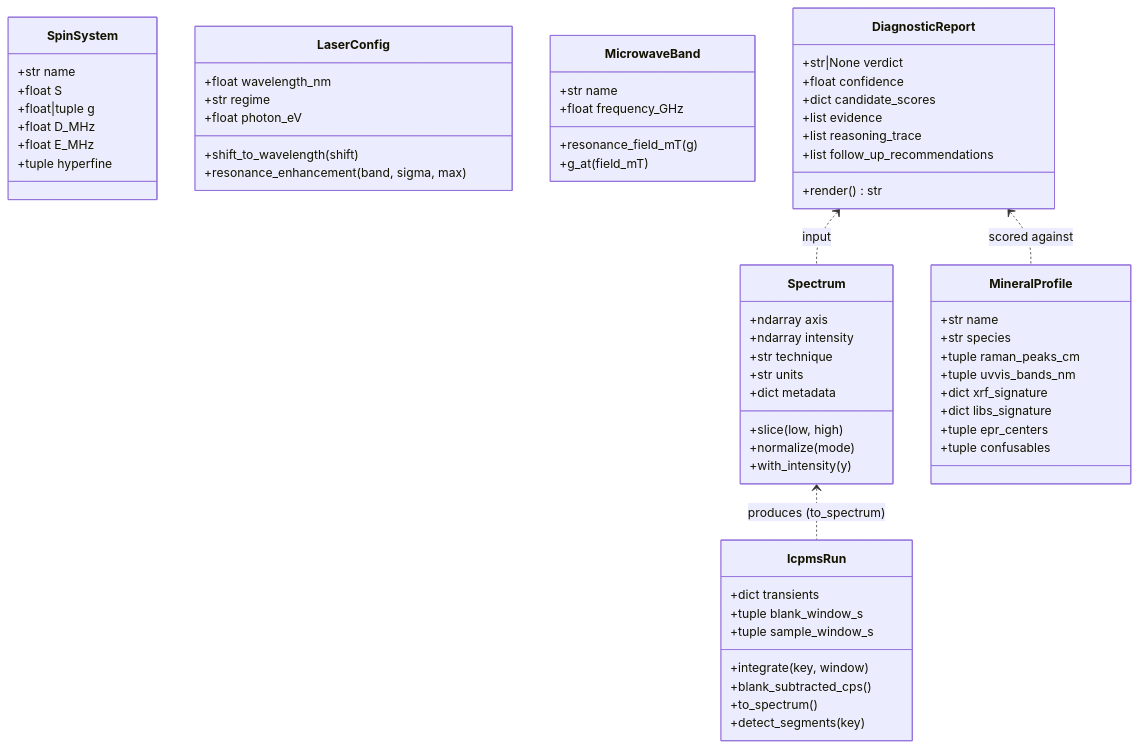
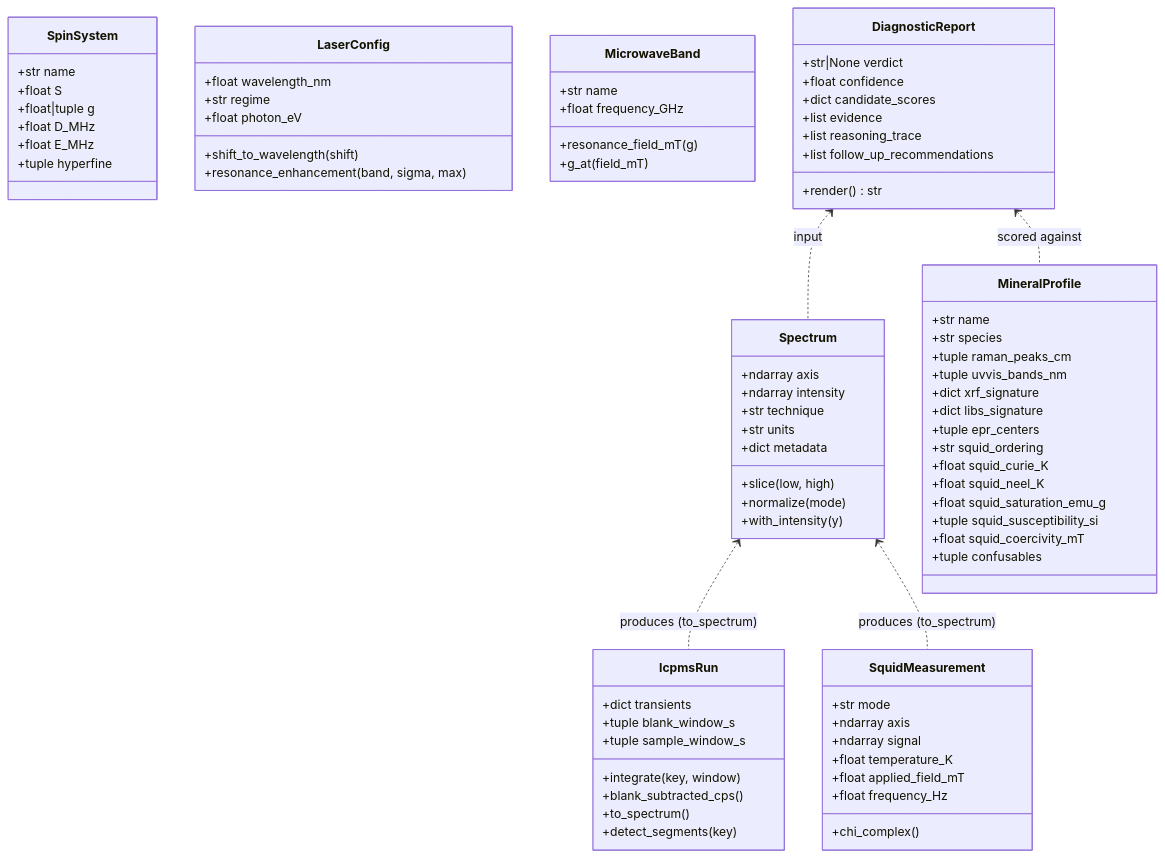
Before and after one commit to sonoransun/checkmsg: the second of 3 diagrams in docs/architecture.md, drawn with Mermaid. The commit also changed other lines of this file and 19 other files, not shown here.

````diff
--- a/docs/architecture.md
+++ b/docs/architecture.md
@@ -48,65 +52,81 @@
 ```mermaid
 classDiagram
     class Spectrum {
         +ndarray axis
         +ndarray intensity
         +str technique
         +str units
         +dict metadata
         +slice(low, high)
         +normalize(mode)
         +with_intensity(y)
     }
     class MineralProfile {
         +str name
         +str species
         +tuple raman_peaks_cm
         +tuple uvvis_bands_nm
         +dict xrf_signature
         +dict libs_signature
         +tuple epr_centers
+        +str squid_ordering
+        +float squid_curie_K
+        +float squid_neel_K
+        +float squid_saturation_emu_g
+        +tuple squid_susceptibility_si
+        +float squid_coercivity_mT
         +tuple confusables
+    }
+    class SquidMeasurement {
+        +str mode
+        +ndarray axis
+        +ndarray signal
+        +float temperature_K
+        +float applied_field_mT
+        +float frequency_Hz
+        +chi_complex()
     }
     class IcpmsRun {
         +dict transients
         +tuple blank_window_s
         +tuple sample_window_s
         +integrate(key, window)
         +blank_subtracted_cps()
         +to_spectrum()
         +detect_segments(key)
     }
     class SpinSystem {
         +str name
         +float S
         +float|tuple g
         +float D_MHz
         +float E_MHz
         +tuple hyperfine
     }
     class LaserConfig {
         +float wavelength_nm
         +str regime
         +float photon_eV
         +shift_to_wavelength(shift)
         +resonance_enhancement(band, sigma, max)
     }
     class MicrowaveBand {
         +str name
         +float frequency_GHz
         +resonance_field_mT(g)
         +g_at(field_mT)
     }
     class DiagnosticReport {
         +str|None verdict
         +float confidence
         +dict candidate_scores
         +list evidence
         +list reasoning_trace
         +list follow_up_recommendations
         +render() str
     }
     Spectrum <.. IcpmsRun : produces (to_spectrum)
+    Spectrum <.. SquidMeasurement : produces (to_spectrum)
     DiagnosticReport <.. Spectrum : input
     DiagnosticReport <.. MineralProfile : scored against
 ```
````
